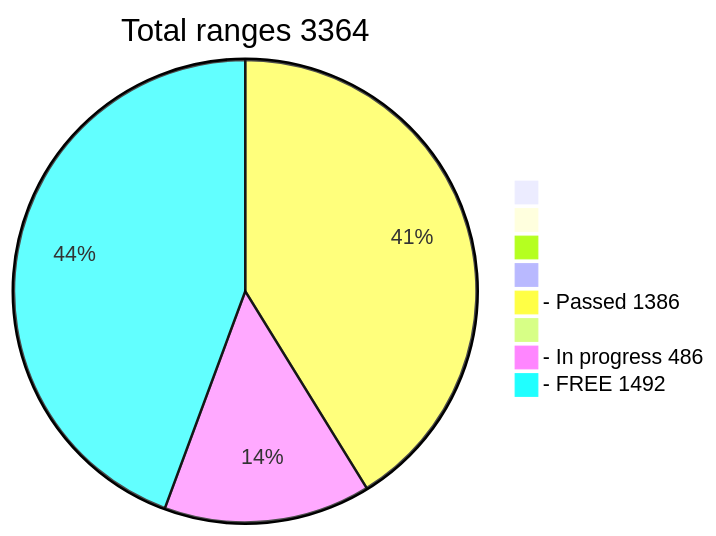
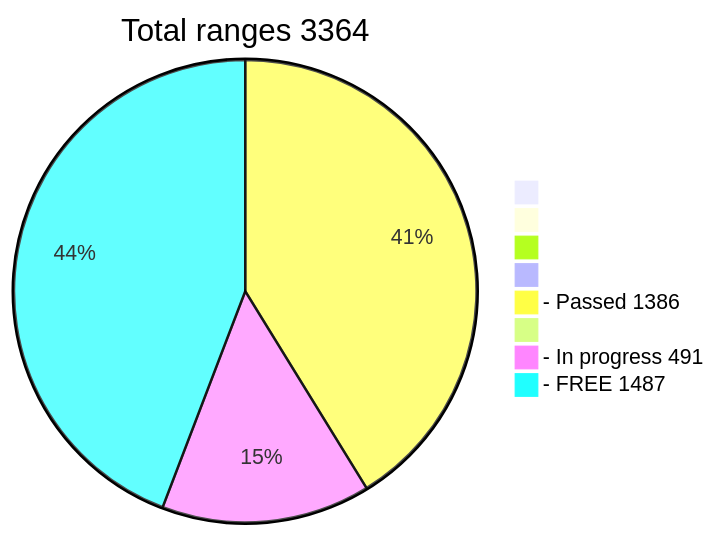
The diagram in README.md (phrutis/wif500), drawn with Mermaid before and after one commit.

````diff
--- a/README.md
+++ b/README.md
@@ -16,12 +16,12 @@
 ```mermaid
 pie title Total ranges 3364
              " " : 0
             "  " : 0
            "   " : 0
           "    " : 0
   "- Passed 1386" : 1386
          "     " : 0
-  "- In progress 486" : 486
-   "- FREE 1492" : 1492
+  "- In progress 491" : 491
+   "- FREE 1487" : 1486
    
 ```
````
